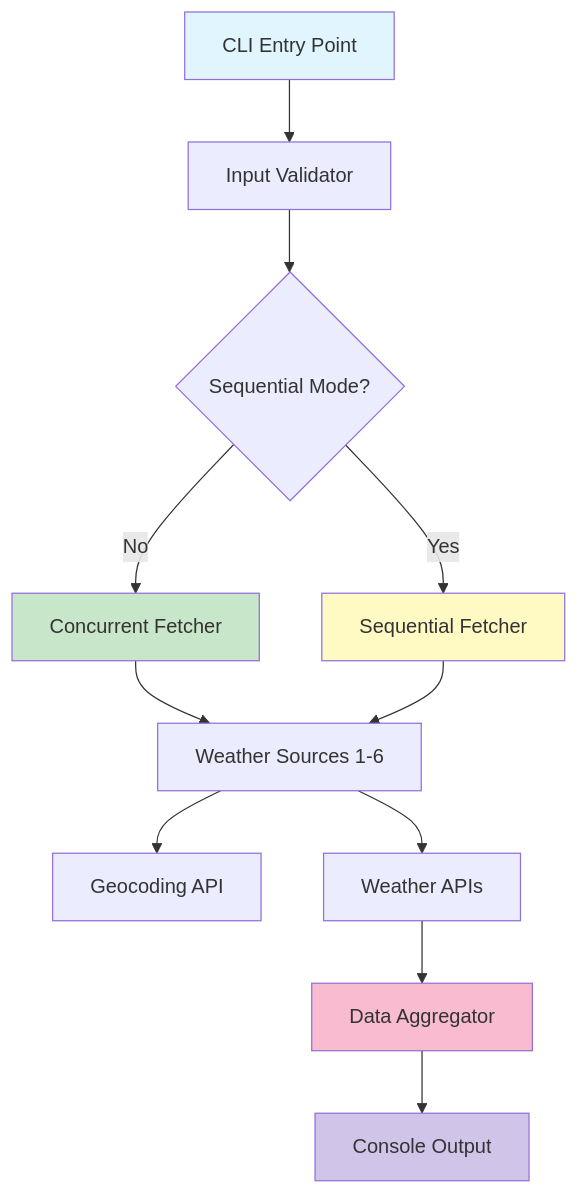
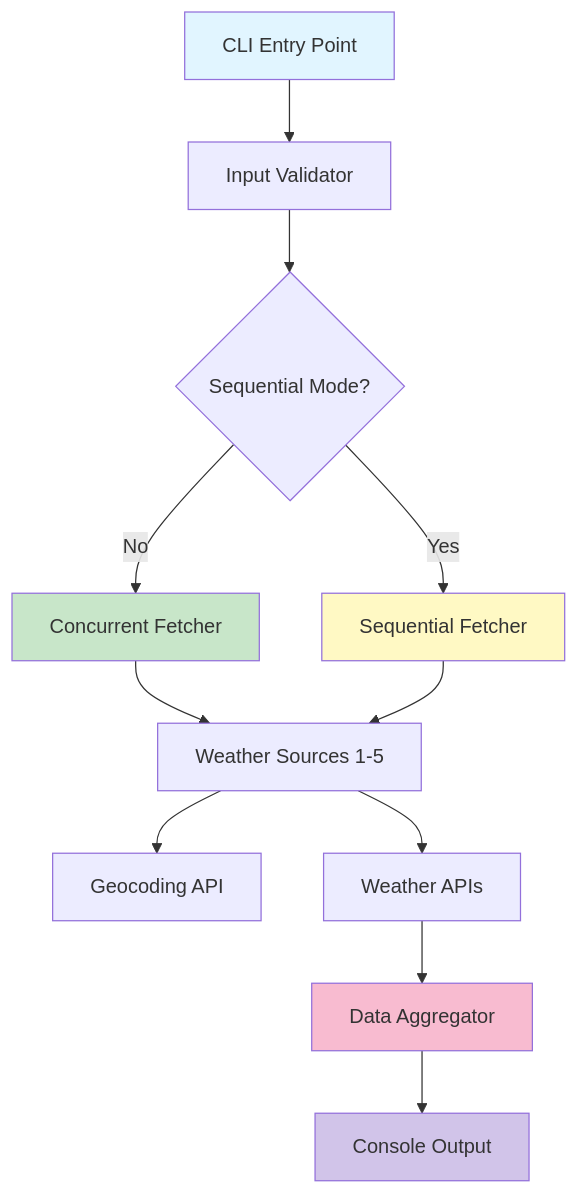
Before and after one commit to dustin2023/concepts-of-programming-languages-compared-with-go: the first of 4 diagrams in README.md, drawn with Mermaid. The commit also changed other lines of this file and 1 other file, not shown here.

Commit message:
refactor: improve README clarity and add unified launcher script for weather aggregator

````diff
--- a/README.md
+++ b/README.md
@@ -37,19 +62,19 @@
 ```mermaid
 graph TD
     A[CLI Entry Point] --> B[Input Validator]
     B --> C{Sequential Mode?}
     C -->|No| D[Concurrent Fetcher]
     C -->|Yes| E[Sequential Fetcher]
-    D --> F[Weather Sources 1-6]
+    D --> F[Weather Sources 1-5]
     E --> F
     F --> G[Geocoding API]
     F --> H[Weather APIs]
     H --> I[Data Aggregator]
     I --> J[Console Output]
     
     style A fill:#e1f5ff
     style D fill:#c8e6c9
     style E fill:#fff9c4
     style I fill:#f8bbd0
     style J fill:#d1c4e9
 ```
````
